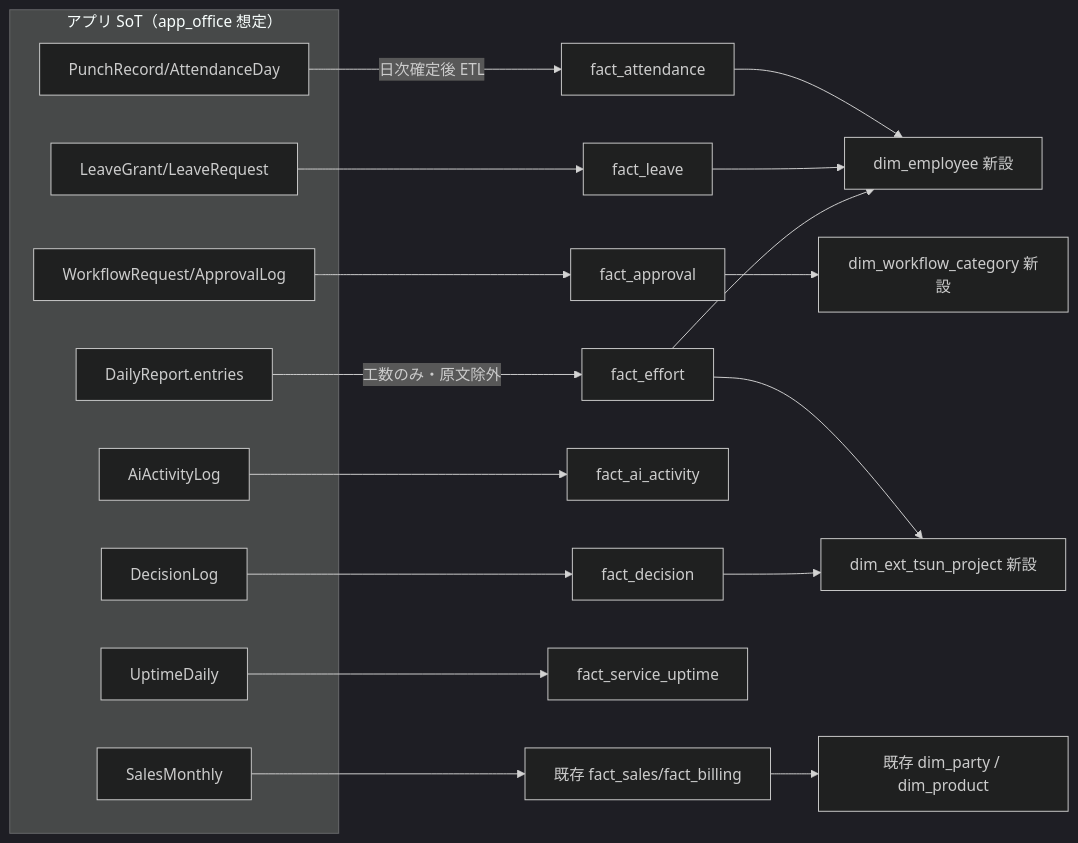
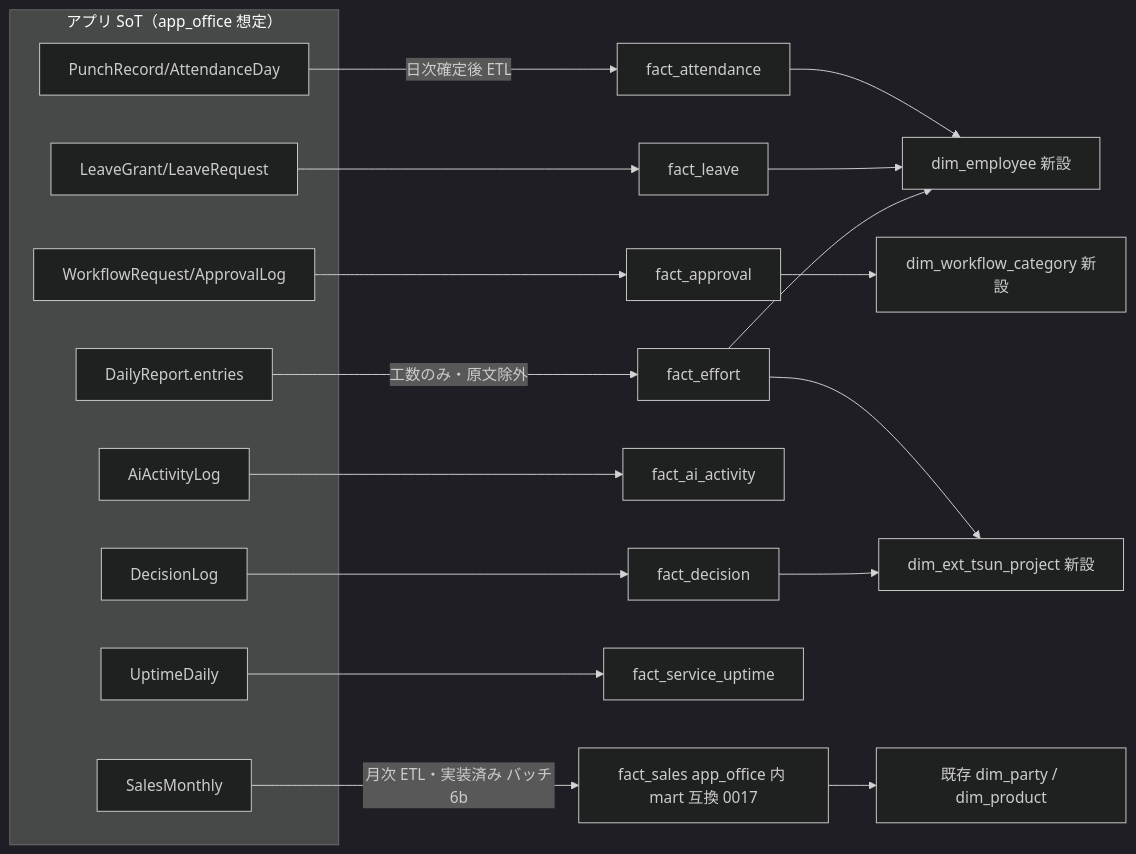
Before and after one commit to TSUNAGUBA/akebono-office: the diagram in .ai-native/outputs/phase5/data-design.md, drawn with Mermaid (dark theme). The commit also changed other lines of this file and 18 other files, not shown here.

First line of the commit message:
バッチ6b: 売上管理 F-15 の API 化 + mart ETL 基盤（app_office 内 mart 互換）

````diff
--- a/.ai-native/outputs/phase5/data-design.md
+++ b/.ai-native/outputs/phase5/data-design.md
@@ -121,25 +123,25 @@
 ```mermaid
 flowchart LR
     subgraph SoT["アプリ SoT（app_office 想定）"]
         A1[PunchRecord/AttendanceDay]
         A2[LeaveGrant/LeaveRequest]
         A3[WorkflowRequest/ApprovalLog]
         A4[DailyReport.entries]
         A5[AiActivityLog]
         A6[DecisionLog]
         A7[UptimeDaily]
         A8[SalesMonthly]
     end
     A1 -->|日次確定後 ETL| F1[fact_attendance]
     A2 --> F2[fact_leave]
     A3 --> F3[fact_approval]
     A4 -->|工数のみ・原文除外| F4[fact_effort]
     A5 --> F5[fact_ai_activity]
     A6 --> F6[fact_decision]
     A7 --> F7[fact_service_uptime]
-    A8 --> F8[既存 fact_sales/fact_billing]
+    A8 -->|月次 ETL・実装済み バッチ6b| F8[fact_sales app_office 内 mart 互換 0017]
     F1 & F2 & F4 --> D1[dim_employee 新設]
     F3 --> D2[dim_workflow_category 新設]
     F4 & F6 --> D3[dim_ext_tsun_project 新設]
     F8 --> D4[既存 dim_party / dim_product]
 ```
````
